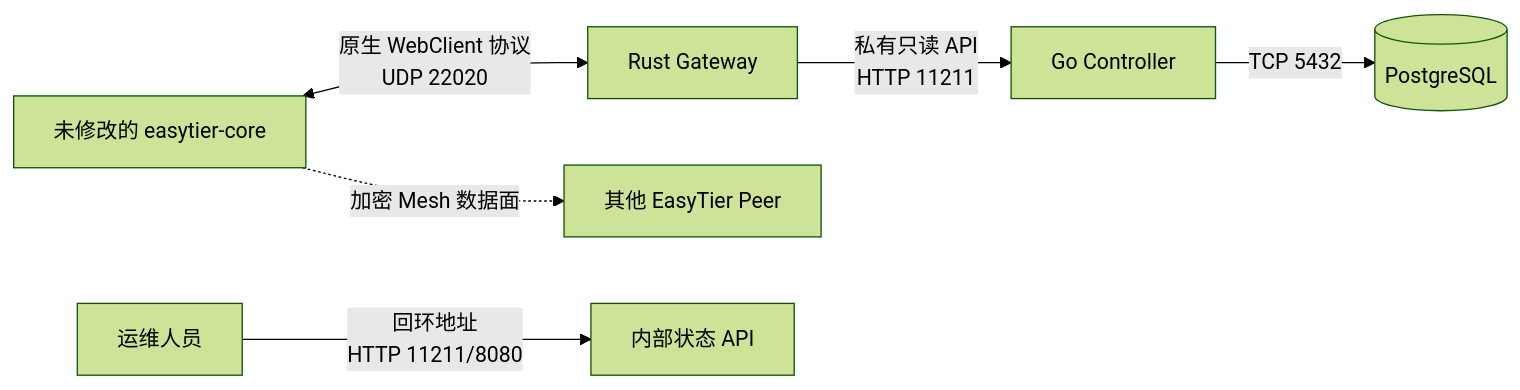
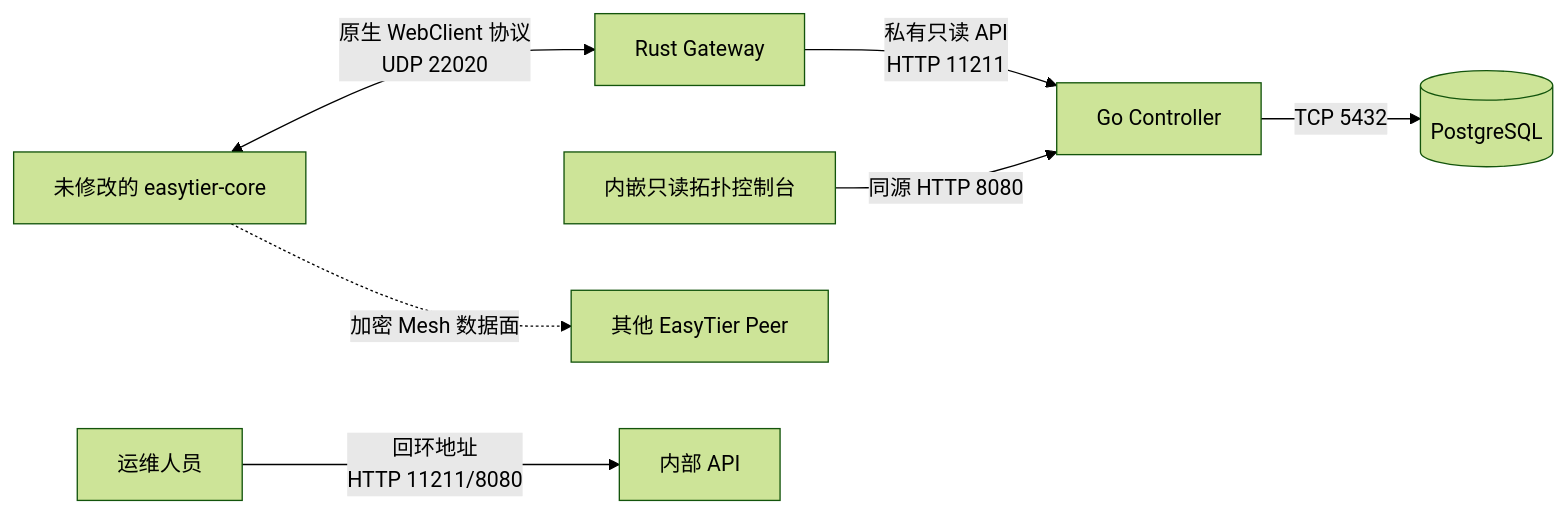
Before and after one commit to WuYouOwO/NexusTier: the diagram in README.md, drawn with Mermaid (forest theme). The commit also changed other lines of this file and 6 other files, not shown here.

````diff
--- a/README.md
+++ b/README.md
@@ -65,8 +68,9 @@
 ```mermaid
 flowchart LR
     ET[未修改的 easytier-core] <-->|原生 WebClient 协议<br/>UDP 22020| GW[Rust Gateway]
     GW -->|私有只读 API<br/>HTTP 11211| CTRL[Go Controller]
     CTRL -->|TCP 5432| PG[(PostgreSQL)]
-    OPS[运维人员] -->|回环地址<br/>HTTP 11211/8080| INTERNAL[内部状态 API]
+    UI[内嵌只读拓扑控制台] -->|同源 HTTP 8080| CTRL
+    OPS[运维人员] -->|回环地址<br/>HTTP 11211/8080| INTERNAL[内部 API]
     ET -. 加密 Mesh 数据面 .-> PEERS[其他 EasyTier Peer]
 ```
````
